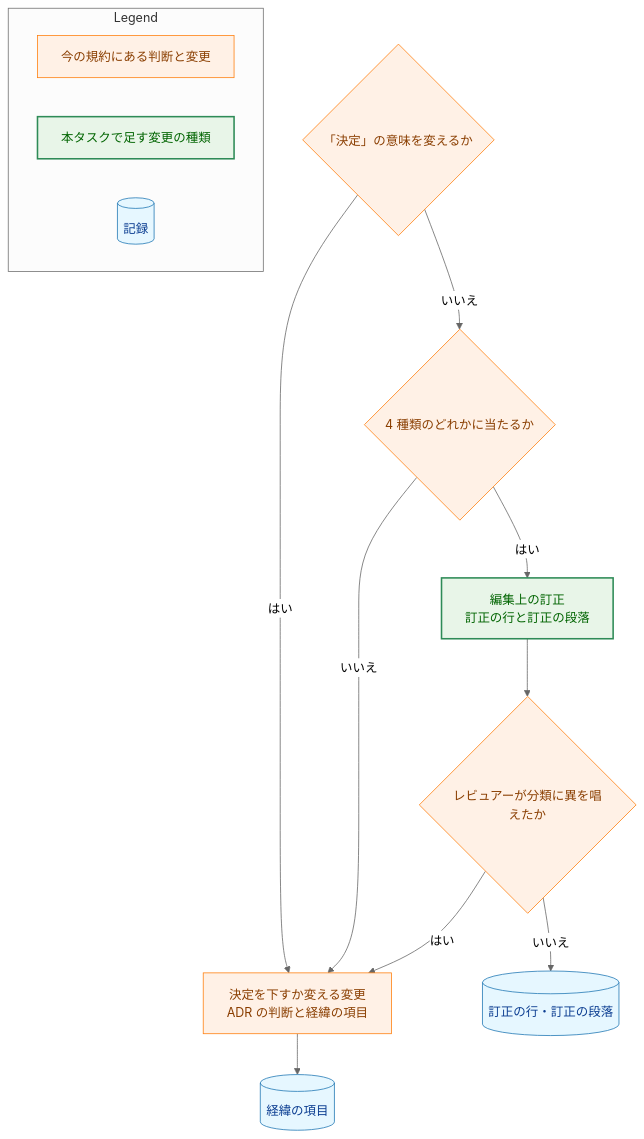
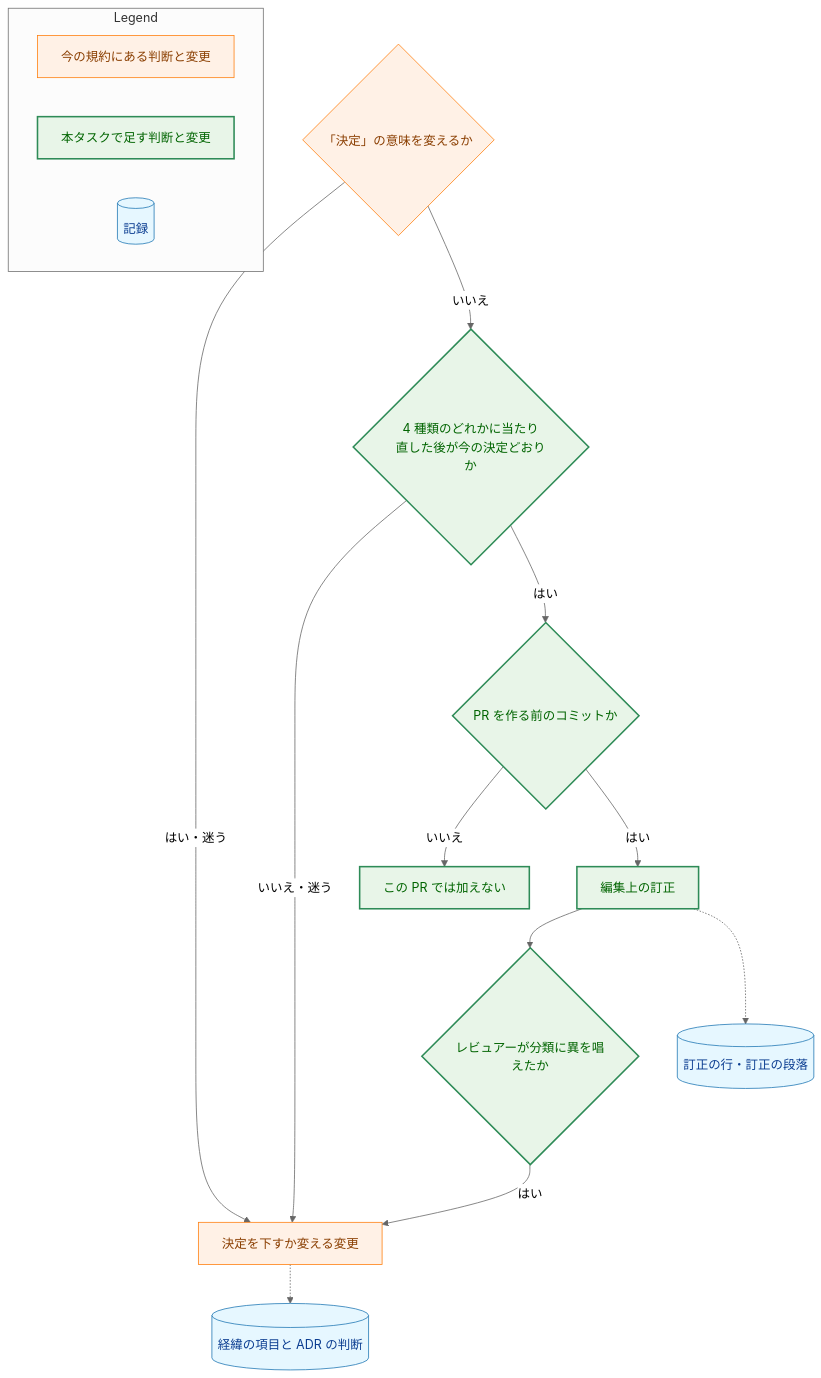
The fourth of 5 diagrams in docs/tasks/0070_adr_writing_criteria/02_architecture.md (isseis/yt2column), drawn with Mermaid (neutral theme) before and after one commit. The commit also changed other lines of this file and 1 other file, not shown here.

First line of the commit message:
docs(0070): address architecture review and polish Japanese prose

````diff
--- a/docs/tasks/0070_adr_writing_criteria/02_architecture.md
+++ b/docs/tasks/0070_adr_writing_criteria/02_architecture.md
@@ -472,37 +569,40 @@
 ```mermaid
 flowchart TD
     classDef process fill:#fff1e6,stroke:#ff7f0e,stroke-width:1px,color:#8a3e00;
     classDef data fill:#e6f7ff,stroke:#1f77b4,stroke-width:1px,color:#0b3d91;
     classDef enhanced fill:#e8f5e8,stroke:#2e8b57,stroke-width:2px,color:#006400;
 
     Q1{"「決定」の意味を変えるか"}
-    Q2{"4 種類のどれかに当たるか"}
+    Q2{"4 種類のどれかに当たり<br>直した後が今の決定どおりか"}
+    Q4{"PR を作る前のコミットか"}
     Q3{"レビュアーが分類に異を唱えたか"}
-    D1["決定を下すか変える変更<br>ADR の判断と経緯の項目"]
-    D2["編集上の訂正<br>訂正の行と訂正の段落"]
-    R1[("経緯の項目")]
+    D1["決定を下すか変える変更"]
+    D2["編集上の訂正"]
+    D3["この PR では加えない"]
+    R1[("経緯の項目と ADR の判断")]
     R2[("訂正の行・訂正の段落")]
 
-    Q1 -->|"はい"| D1
+    Q1 -->|"はい・迷う"| D1
     Q1 -->|"いいえ"| Q2
-    Q2 -->|"いいえ"| D1
-    Q2 -->|"はい"| D2
+    Q2 -->|"いいえ・迷う"| D1
+    Q2 -->|"はい"| Q4
+    Q4 -->|"いいえ"| D3
+    Q4 -->|"はい"| D2
     D2 --> Q3
     Q3 -->|"はい"| D1
-    Q3 -->|"いいえ"| R2
-    D1 --> R1
+    D1 -.-> R1
+    D2 -.-> R2
 
-    class Q1,Q2,Q3 process
-    class D1 process
-    class D2 enhanced
+    class Q1,D1 process
+    class Q2,Q3,Q4,D2,D3 enhanced
     class R1,R2 data
 
     subgraph Legend["Legend"]
         L1["今の規約にある判断と変更"]
-        L2["本タスクで足す変更の種類"]
+        L2["本タスクで足す判断と変更"]
         L3[("記録")]
     end
     class L1 process
     class L2 enhanced
     class L3 data
 ```
````
